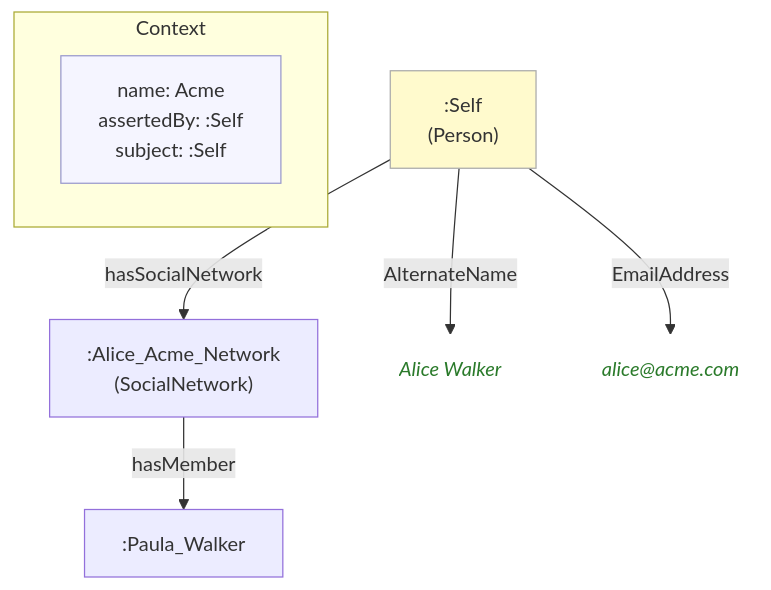
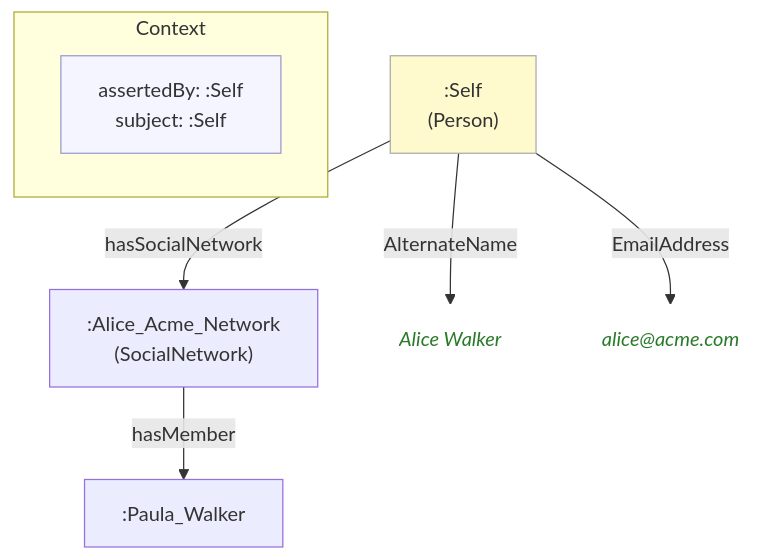
The diagram in example/contexts/images/20-alice(acme)alice.mmd (MeeFoundation/mia-ontologies), drawn with Mermaid before and after one commit. The commit also changed 118 other files, not shown here.

```diff
--- a/example/contexts/images/20-alice(acme)alice.mmd
+++ b/example/contexts/images/20-alice(acme)alice.mmd
@@ -1,22 +1,22 @@
 flowchart TD
     classDef person fill:#fffacd,stroke:#aaa,color:#333
     classDef grp    fill:#d4edda,stroke:#aaa,color:#333
     classDef org    fill:#cce5ff,stroke:#aaa,color:#333
     classDef lit    fill:none,stroke:none,font-style:italic,color:#2a7a2a
     classDef meta   fill:#f5f5ff,stroke:#9999cc,color:#333
 
     subgraph ctx["Context"]
         direction LR
-        ctx_meta["name: Acme\nassertedBy: :Self\nsubject: :Self"]:::meta
+        ctx_meta["assertedBy: :Self\nsubject: :Self"]:::meta
     end
 
     n2ed3865285b0[":Alice_Acme_Network\n(SocialNetwork)"]
     nb654756d5ced[":Paula_Walker"]
     ne0c3ba92f1db[":Self\n(Person)"]:::person
-    nf72ca828380c("Alice Walker"):::lit
-    ncb7bea7e98c9("alice@acme.com"):::lit
+    nd224cb697251("Alice Walker"):::lit
+    n1249b9740fcc("alice@acme.com"):::lit
 
     n2ed3865285b0 -->|"hasMember"| nb654756d5ced
-    ne0c3ba92f1db -->|"AlternateName"| nf72ca828380c
-    ne0c3ba92f1db -->|"EmailAddress"| ncb7bea7e98c9
+    ne0c3ba92f1db -->|"AlternateName"| nd224cb697251
+    ne0c3ba92f1db -->|"EmailAddress"| n1249b9740fcc
     ne0c3ba92f1db -->|"hasSocialNetwork"| n2ed3865285b0
```
